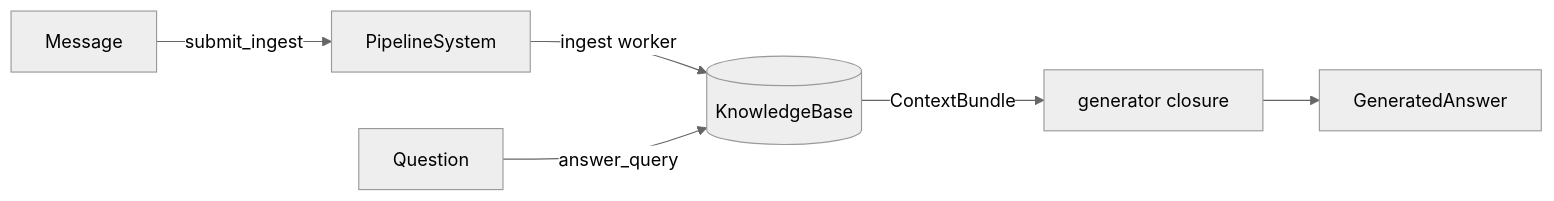
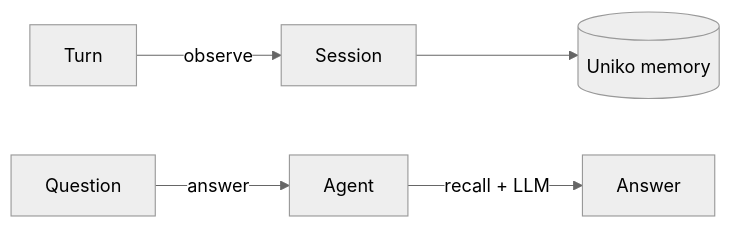
One commit to milliondreams/uniko changed the diagram in website/docs/getting-started/quickstart.md. Above: the diagram before and after it, drawn with Mermaid (neutral theme). The commit also changed other lines of this file and 13 other files, not shown here.

````diff
--- a/website/docs/getting-started/quickstart.md
+++ b/website/docs/getting-started/quickstart.md
@@ -28,8 +26,7 @@
 ```mermaid
 flowchart LR
-    M[Message] -->|submit_ingest| PS[PipelineSystem]
-    PS -->|ingest worker| KB[(KnowledgeBase)]
-    Q[Question] -->|answer_query| KB
-    KB -->|ContextBundle| G[generator closure]
-    G --> A[GeneratedAnswer]
+    T[Turn] -->|observe| S[Session]
+    S --> KB[(Uniko memory)]
+    Q[Question] -->|answer| A[Agent]
+    A -->|recall + LLM| ANS[Answer]
 ```
````
